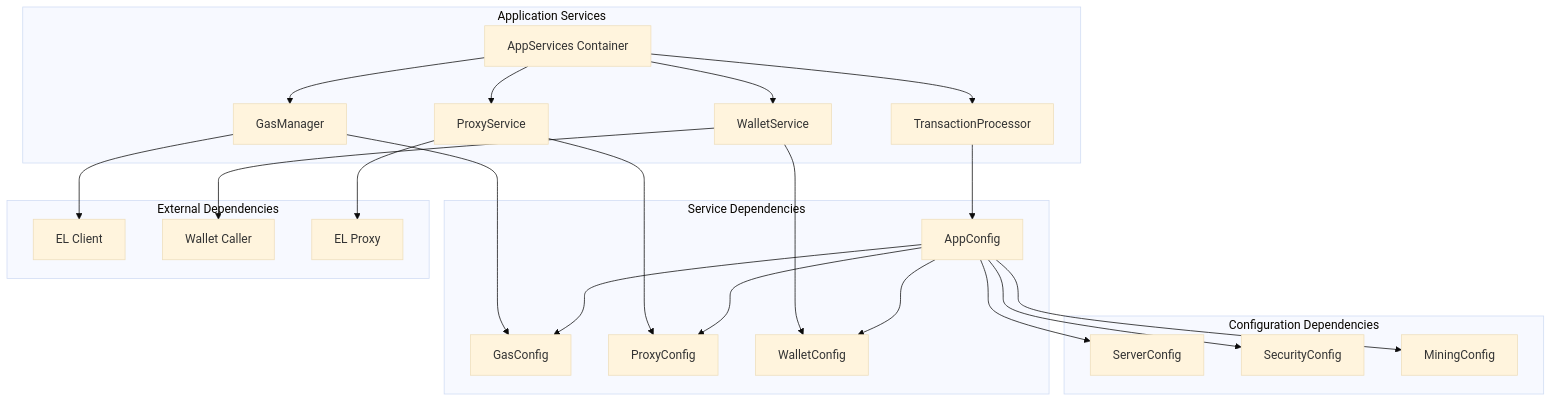
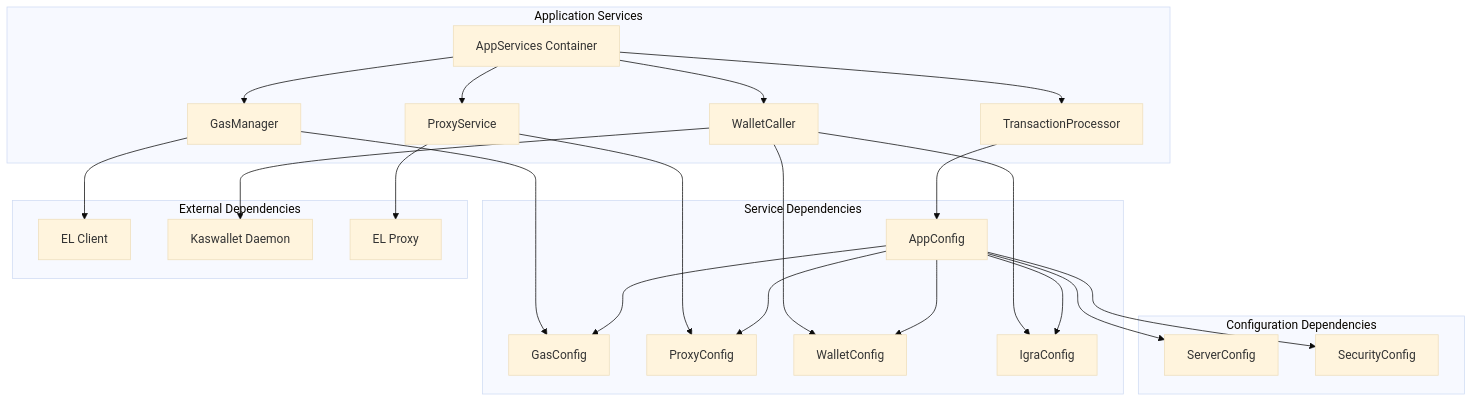
The third of 5 diagrams in doc/architecture.md (IgraLabs/igra-rpc-provider), drawn with Mermaid (base theme) before and after one commit. The commit also changed other lines of this file and 24 other files, not shown here.

First line of the commit message:
[ENG-1051] feat(toccata): submit IGRA transactions via kaswallet lane

````diff
--- a/doc/architecture.md
+++ b/doc/architecture.md
@@ -106,32 +115,33 @@
 ```mermaid
 graph TB
     subgraph "Application Services"
         AppServices[AppServices Container]
         AppServices --> TransactionProcessor
         AppServices --> GasManager
         AppServices --> ProxyService
-        AppServices --> WalletService
+        AppServices --> WalletCaller
     end
     
     subgraph "Service Dependencies"
         TransactionProcessor --> AppConfig
         GasManager --> GasConfig
         ProxyService --> ProxyConfig
-        WalletService --> WalletConfig
+        WalletCaller --> WalletConfig
+        WalletCaller --> IgraConfig
     end
     
     subgraph "Configuration Dependencies"
         AppConfig --> ServerConfig
         AppConfig --> GasConfig
         AppConfig --> WalletConfig
         AppConfig --> ProxyConfig
         AppConfig --> SecurityConfig
-        AppConfig --> MiningConfig
+        AppConfig --> IgraConfig
     end
     
     subgraph "External Dependencies"
         GasManager --> ELClient[EL Client]
-        WalletService --> WalletCaller[Wallet Caller]
+        WalletCaller --> KaswalletDaemon[Kaswallet Daemon]
         ProxyService --> ELProxy[EL Proxy]
     end
 ```
````
